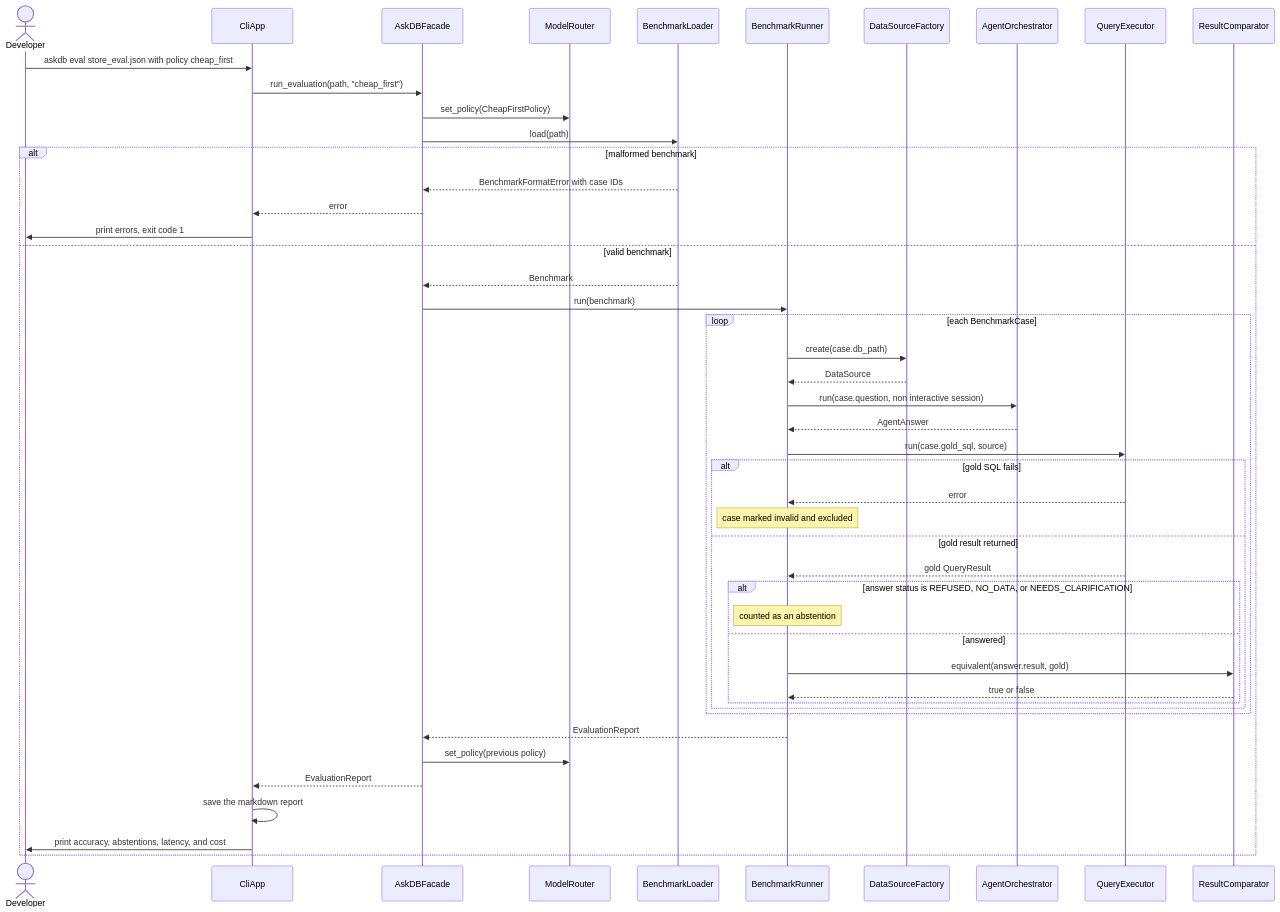
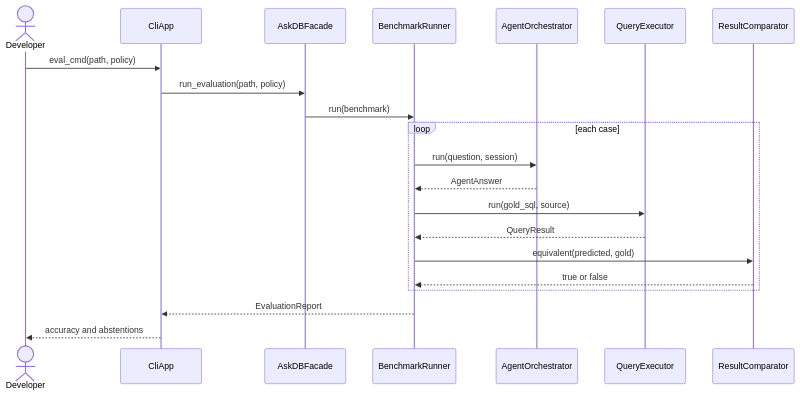
Before and after one commit to krishi-shah/AskDB-Data-Analyst-Agent: diagram 15 of 15 in docs/Stage1_Design_Report.md, drawn with Mermaid. The commit also changed other lines of this file, not shown here.

Commit message:
Name the missing design principles and keep only the UML diagrams Stage 1 asks for.

````diff
--- a/docs/Stage1_Design_Report.md
+++ b/docs/Stage1_Design_Report.md
@@ -2282,50 +1223,24 @@
 ```mermaid
 sequenceDiagram
     actor E as Developer
     participant CLI as CliApp
     participant F as AskDBFacade
-    participant MR as ModelRouter
-    participant BL as BenchmarkLoader
     participant BR as BenchmarkRunner
-    participant DSF as DataSourceFactory
     participant O as AgentOrchestrator
     participant QE as QueryExecutor
     participant RC as ResultComparator
 
-    E->>CLI: askdb eval store_eval.json with policy cheap_first
-    CLI->>F: run_evaluation(path, "cheap_first")
-    F->>MR: set_policy(CheapFirstPolicy)
-    F->>BL: load(path)
-    alt malformed benchmark
-        BL-->>F: BenchmarkFormatError with case IDs
-        F-->>CLI: error
-        CLI->>E: print errors, exit code 1
-    else valid benchmark
-        BL-->>F: Benchmark
-        F->>BR: run(benchmark)
-        loop each BenchmarkCase
-            BR->>DSF: create(case.db_path)
-            DSF-->>BR: DataSource
-            BR->>O: run(case.question, non interactive session)
-            O-->>BR: AgentAnswer
-            BR->>QE: run(case.gold_sql, source)
-            alt gold SQL fails
-                QE-->>BR: error
-                Note over BR: case marked invalid and excluded
-            else gold result returned
-                QE-->>BR: gold QueryResult
-                alt answer status is REFUSED, NO_DATA, or NEEDS_CLARIFICATION
-                    Note over BR: counted as an abstention
-                else answered
-                    BR->>RC: equivalent(answer.result, gold)
-                    RC-->>BR: true or false
-                end
-            end
-        end
-        BR-->>F: EvaluationReport
-        F->>MR: set_policy(previous policy)
-        F-->>CLI: EvaluationReport
-        CLI->>CLI: save the markdown report
-        CLI->>E: print accuracy, abstentions, latency, and cost
+    E->>CLI: eval_cmd(path, policy)
+    CLI->>F: run_evaluation(path, policy)
+    F->>BR: run(benchmark)
+    loop each case
+        BR->>O: run(question, session)
+        O-->>BR: AgentAnswer
+        BR->>QE: run(gold_sql, source)
+        QE-->>BR: QueryResult
+        BR->>RC: equivalent(predicted, gold)
+        RC-->>BR: true or false
     end
+    BR-->>CLI: EvaluationReport
+    CLI-->>E: accuracy and abstentions
 ```
````
